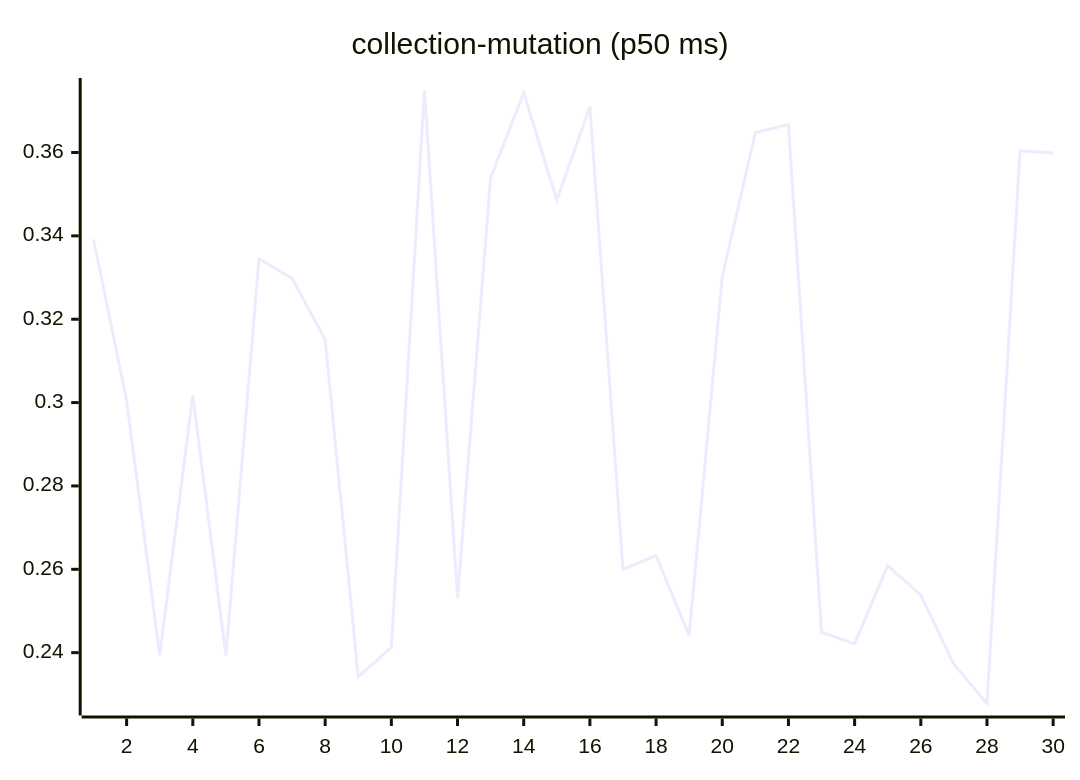
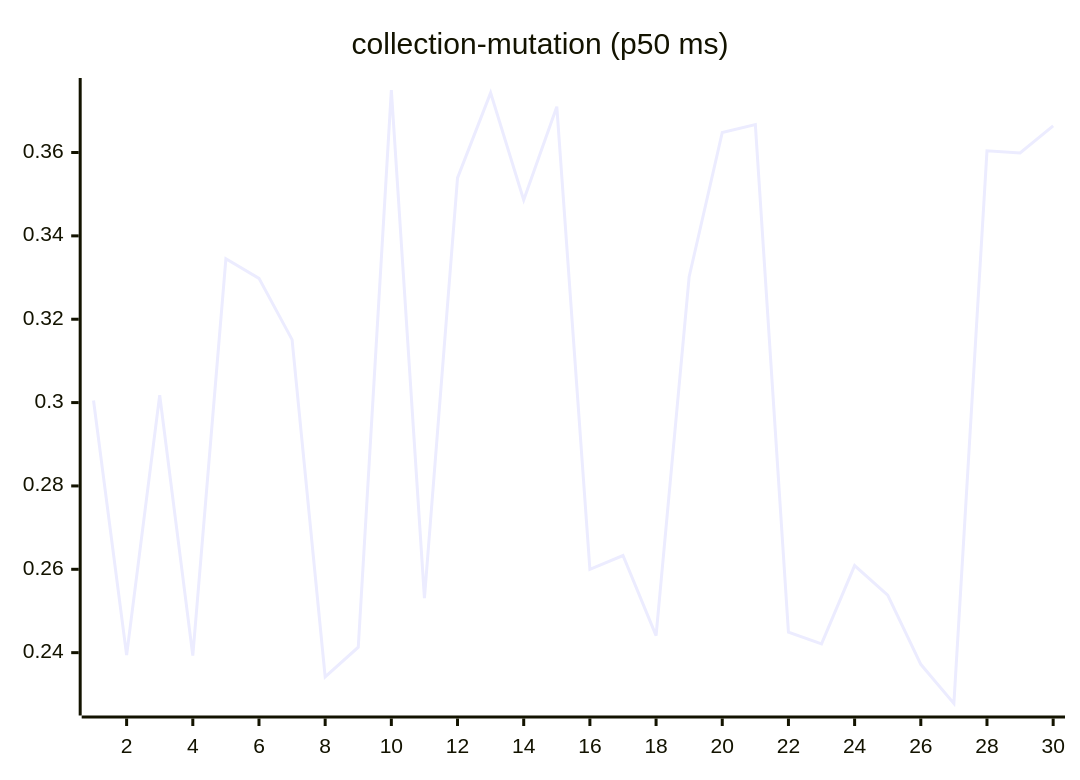
The sixth of 27 diagrams in README.md (josha/Facet), drawn with Mermaid before and after one commit. The commit also changed other lines of this file and 2 other files, not shown here.

````diff
--- a/README.md
+++ b/README.md
@@ -98,6 +98,6 @@
 ```mermaid
 xychart-beta
     title "collection-mutation (p50 ms)"
     x-axis 1 --> 30
-    line [0.3392, 0.3005, 0.2394, 0.3018, 0.2393, 0.3345, 0.3298, 0.3151, 0.2342, 0.2413, 0.3750, 0.2531, 0.3539, 0.3743, 0.3486, 0.3710, 0.2600, 0.2633, 0.2441, 0.3302, 0.3648, 0.3667, 0.2449, 0.2421, 0.2609, 0.2538, 0.2372, 0.2278, 0.3604, 0.3599]
+    line [0.3005, 0.2394, 0.3018, 0.2393, 0.3345, 0.3298, 0.3151, 0.2342, 0.2413, 0.3750, 0.2531, 0.3539, 0.3743, 0.3486, 0.3710, 0.2600, 0.2633, 0.2441, 0.3302, 0.3648, 0.3667, 0.2449, 0.2421, 0.2609, 0.2538, 0.2372, 0.2278, 0.3604, 0.3599, 0.3664]
 ```
````
